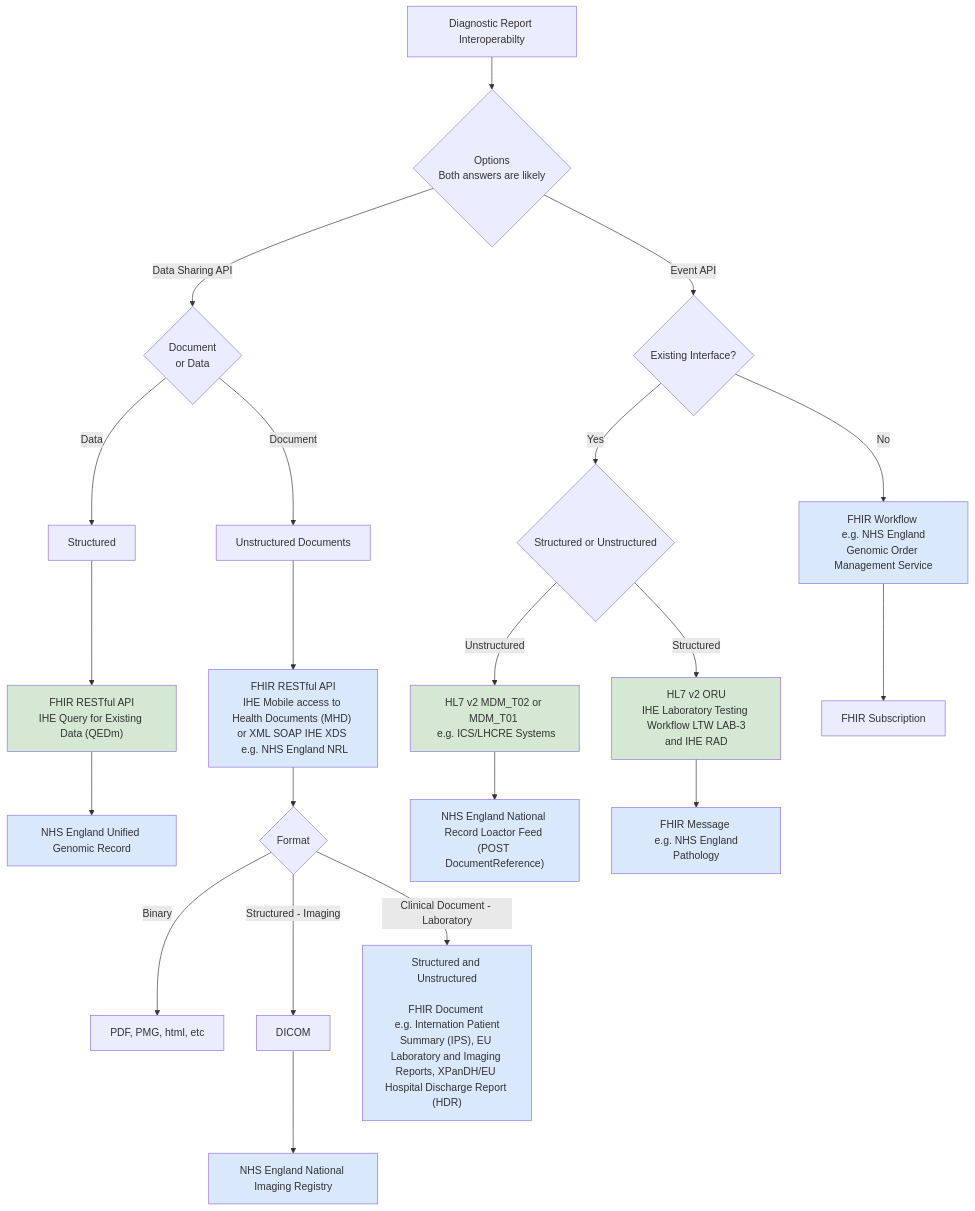
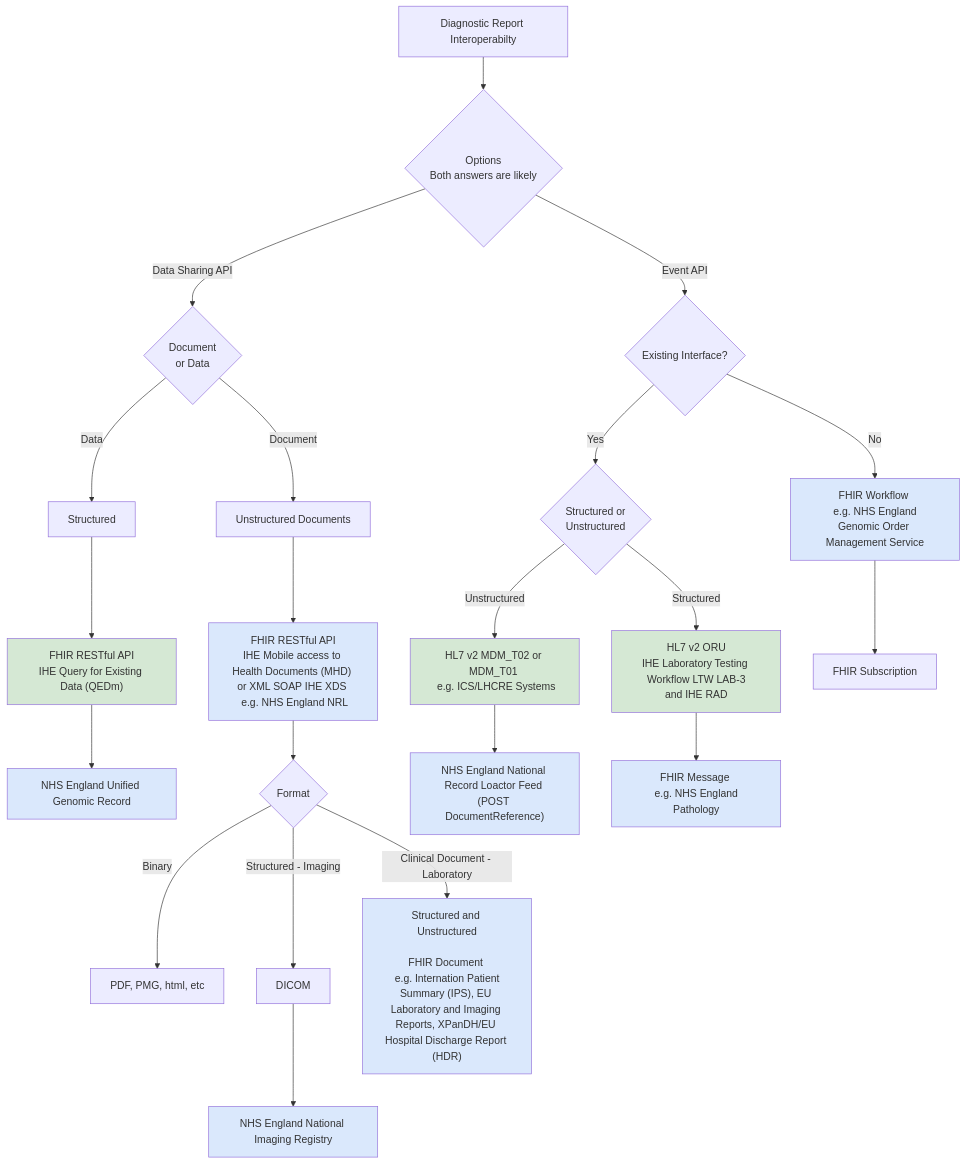
Before and after one commit to uk-gov-mirror/nw-gmsa.nw-gmsa.github.com: the diagram in input/pagecontent/architecture.md, drawn with Mermaid.

Commit message:
Interoperability options

````diff
--- a/input/pagecontent/architecture.md
+++ b/input/pagecontent/architecture.md
@@ -26,30 +26,29 @@
 ```mermaid
 graph TD
     B[Diagnostic Report Interoperabilty] --> C{"Options <br/>Both answers are likely"}
     C -->|Event API| D{Existing Interface?}
     C -->|Data Sharing API| E{Document <br/>or Data}
     E --> |Data| Data[Structured]
     E --> |Document| Documents[Unstructured Documents]
     Data --> REST["FHIR RESTful API<br/>IHE Query for Existing Data (QEDm)"]
     REST --> UGR[NHS England Unified Genomic Record]
     Documents --> XDS["FHIR RESTful API<br/>IHE Mobile access to Health Documents (MHD) <br/>or XML SOAP IHE XDS <br/> e.g. NHS England NRL"]
     XDS --> Format{Format}
     Format --> |Binary| Binary[PDF, PMG, html, etc]
     Format --> |Structured - Imaging| RAD[DICOM]
     Format --> |Clinical Document - Laboratory| FHIRDocument["Structured and Unstructured<br/><br/>FHIR Document <br/> e.g. Internation Patient Summary (IPS), EU Laboratory and Imaging Reports, XPanDH/EU Hospital Discharge Report (HDR)"]  
-    D --> |Yes| V2{Structured or Unstructured} 
+    D --> |Yes| V2{Structured or<br/>Unstructured} 
     V2 --> |Structured| LTW[HL7 v2 ORU<br/>IHE Laboratory Testing Workflow LTW LAB-3<br/>and IHE RAD]
     V2 --> |Unstructured| MDM[HL7 v2 MDM_T02 or MDM_T01 <br/> e.g. ICS/LHCRE Systems]
     MDM --> NRL["NHS England National Record Loactor Feed (POST DocumentReference)<br/>"]
     D --> |No| Workflow[FHIR Workflow <br/> e.g. NHS England Genomic Order Management Service]
     Workflow --> PubSub[FHIR Subscription]
     LTW --> Pathology[FHIR Message <br/> e.g. NHS England Pathology]
     RAD --> NIR[NHS England National Imaging Registry]
 
     classDef blue fill:#DAE8FC;
     classDef green fill:#D5E8D4;
 
     class Pathology,UGR,NIR,FHIRDocument,XDS,NRL,Workflow blue
     class LTW,REST,MDM green
-
 ```
````
